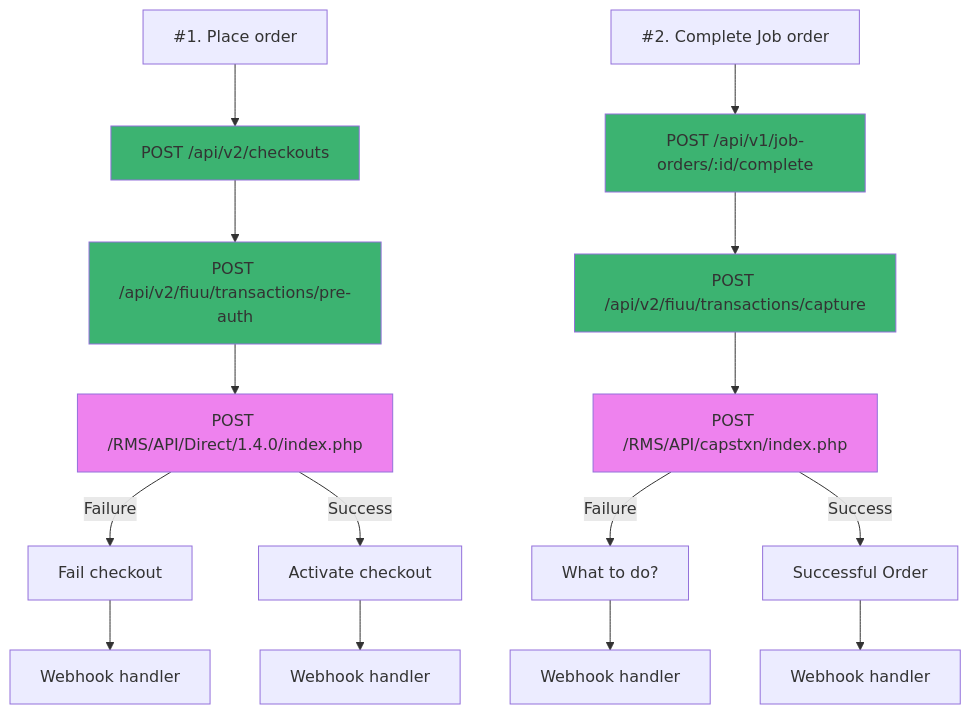
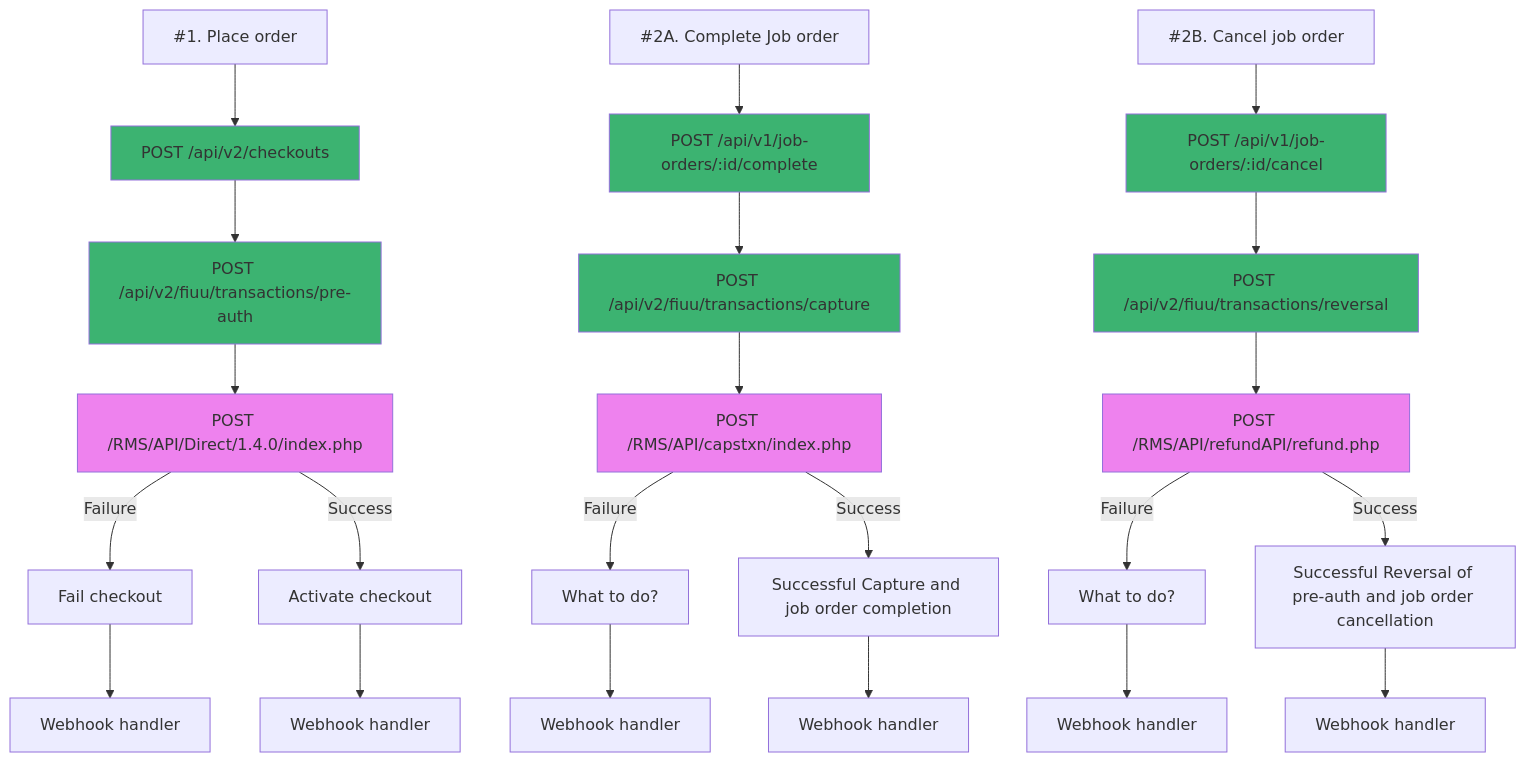
Before and after one commit to israelcoper/mermaid-diagram: the first of 3 diagrams in fiuu-preauth-capture-v1.md, drawn with Mermaid. The commit also changed other lines of this file, not shown here.

Commit message:
Job order cancellation

````diff
--- a/fiuu-preauth-capture-v1.md
+++ b/fiuu-preauth-capture-v1.md
@@ -2,29 +2,41 @@
 ```mermaid
 ---
 title:
 ---
 flowchart TB;
     style B1 fill:#3cb371
     style C1 fill:#3cb371
     style D1 fill:#ee82ee
 
     style B2 fill:#3cb371
     style C2 fill:#3cb371
     style D2 fill:#ee82ee
 
+    style B3 fill:#3cb371
+    style C3 fill:#3cb371
+    style D3 fill:#ee82ee
+
     A1["#1. Place order"]-->B1[POST /api/v2/checkouts];
     B1-->C1[POST /api/v2/fiuu/transactions/pre-auth];
     C1-->D1[POST /RMS/API/Direct/1.4.0/index.php];
     D1--Failure-->D11[Fail checkout];
     D1--Success-->D12[Activate checkout];
     D11-->D111[Webhook handler];
     D12-->D121[Webhook handler];
 
-    A2["#2. Complete Job order"]-->B2[POST /api/v1/job-orders/:id/complete];
+    A2["#2A. Complete Job order"]-->B2[POST /api/v1/job-orders/:id/complete];
     B2-->C2[POST /api/v2/fiuu/transactions/capture];
     C2-->D2[POST /RMS/API/capstxn/index.php];
     D2--Failure-->E2[What to do?];
-    D2--Success-->F2[Successful Order];
+    D2--Success-->F2[Successful Capture and job order completion];
     E2-->E21[Webhook handler];
     F2-->F21[Webhook handler];
+
+    A3["#2B. Cancel job order"]-->B3[POST /api/v1/job-orders/:id/cancel];
+    B3-->C3[POST /api/v2/fiuu/transactions/reversal];
+    C3-->D3[POST /RMS/API/refundAPI/refund.php];
+    D3--Failure-->E3[What to do?];
+    D3--Success-->F3[Successful Reversal of pre-auth and job order cancellation];
+    E3-->E31[Webhook handler];
+    F3-->F31[Webhook handler];
 ```
````
